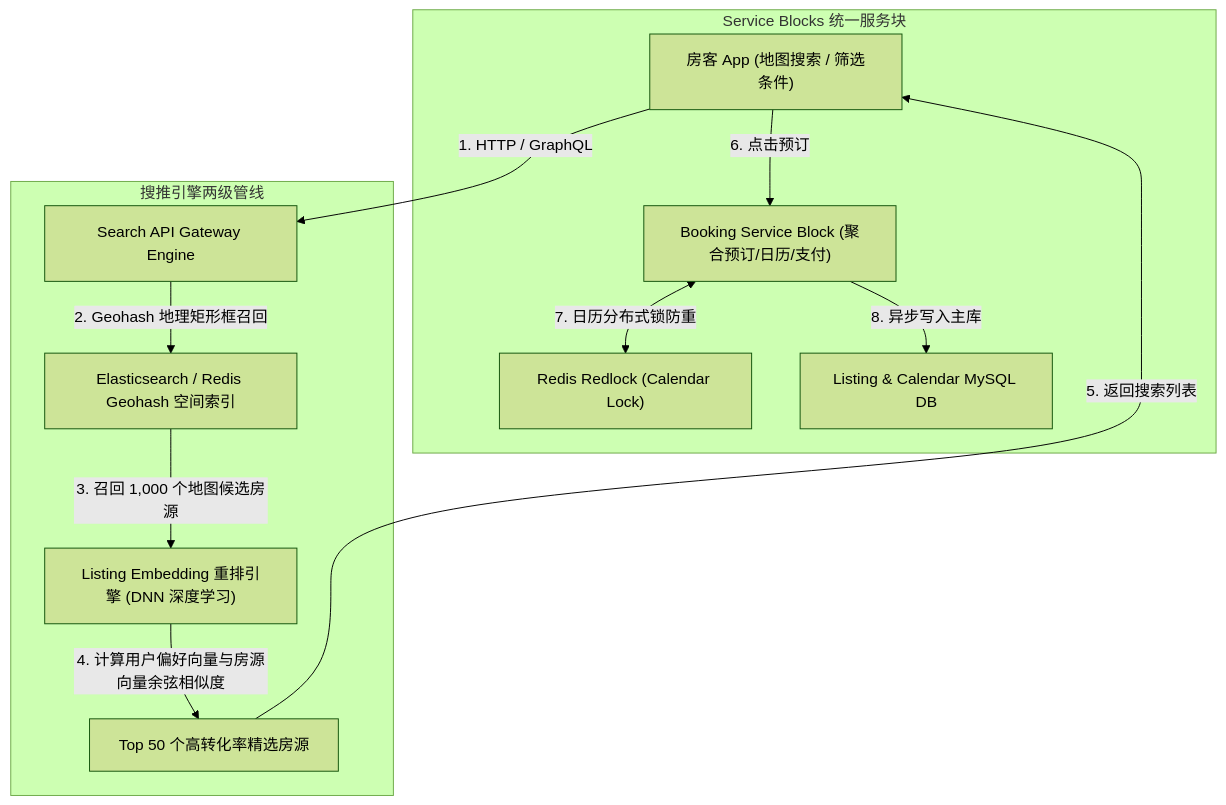
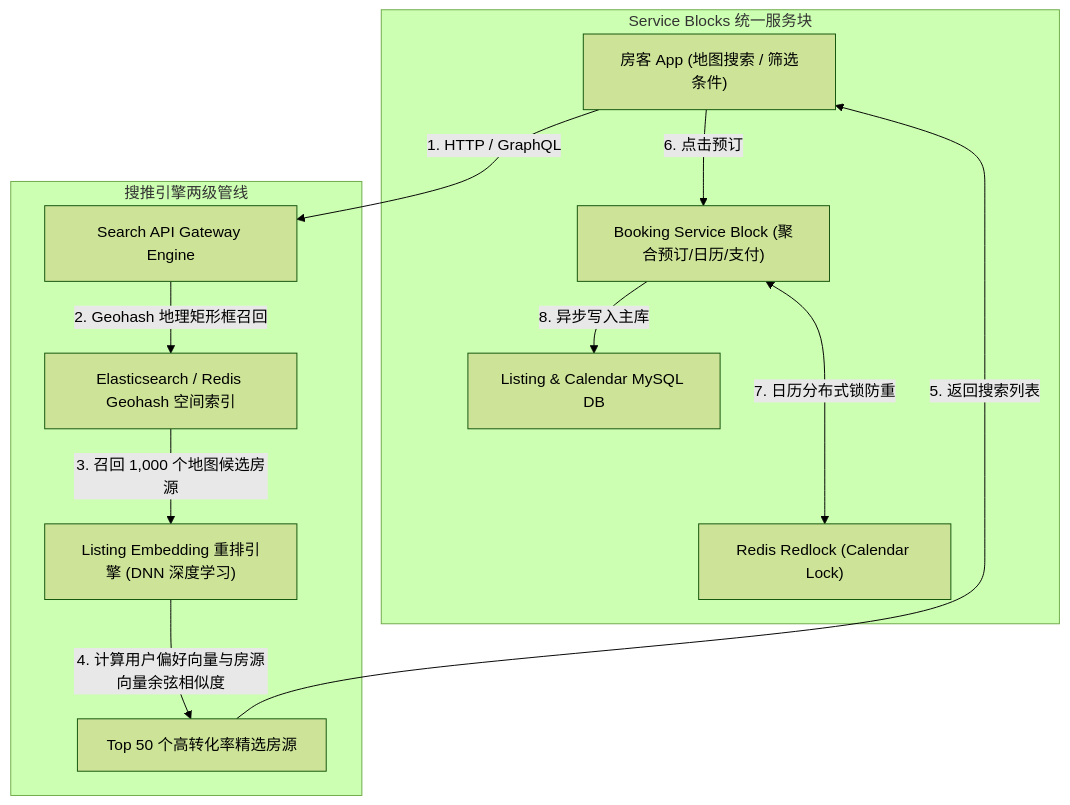
Before and after one commit to koosai/AI-Architect-Learning: the first of 6 diagrams in docs/atlas/airbnb.mdx, drawn with Mermaid (forest theme). The commit also changed other lines of this file and 68 other files, not shown here.

Commit message:
fix(atlas): fix browser client-side Mermaid rendering for mindmaps and flowcharts across 67 case studies

````diff
--- a/docs/atlas/airbnb.mdx
+++ b/docs/atlas/airbnb.mdx
@@ -49,18 +49,18 @@
 ```mermaid
 graph TD
   UserApp["房客 App (地图搜索 / 筛选条件)"] -->|1. HTTP / GraphQL| SearchGateway["Search API Gateway Engine"]
   
   subgraph SearchAndRankingPipeline["搜推引擎两级管线"]
     SearchGateway -->|2. Geohash 地理矩形框召回| GeohashIndex["Elasticsearch / Redis Geohash 空间索引"]
     GeohashIndex -->|3. 召回 1,000 个地图候选房源| EmbeddingRanker["Listing Embedding 重排引擎 (DNN 深度学习)"]
     EmbeddingRanker -->|4. 计算用户偏好向量与房源向量余弦相似度| RankedResults["Top 50 个高转化率精选房源"]
   end
   
   RankedResults -->|5. 返回搜索列表| UserApp
 
   subgraph ServiceBlocksArchitecture["Service Blocks 统一服务块"]
     UserApp -->|6. 点击预订| BookingBlock["Booking Service Block (聚合预订/日历/支付)"]
-    BookingBlock <-->|7. 日历分布式锁防重| RedisLock["Redis Redlock (Calendar Lock)"]
+    BookingBlock <--->|7. 日历分布式锁防重| RedisLock["Redis Redlock (Calendar Lock)"]
     BookingBlock -->|8. 异步写入主库| MySQLDB["Listing & Calendar MySQL DB"]
   end
 ```
````
